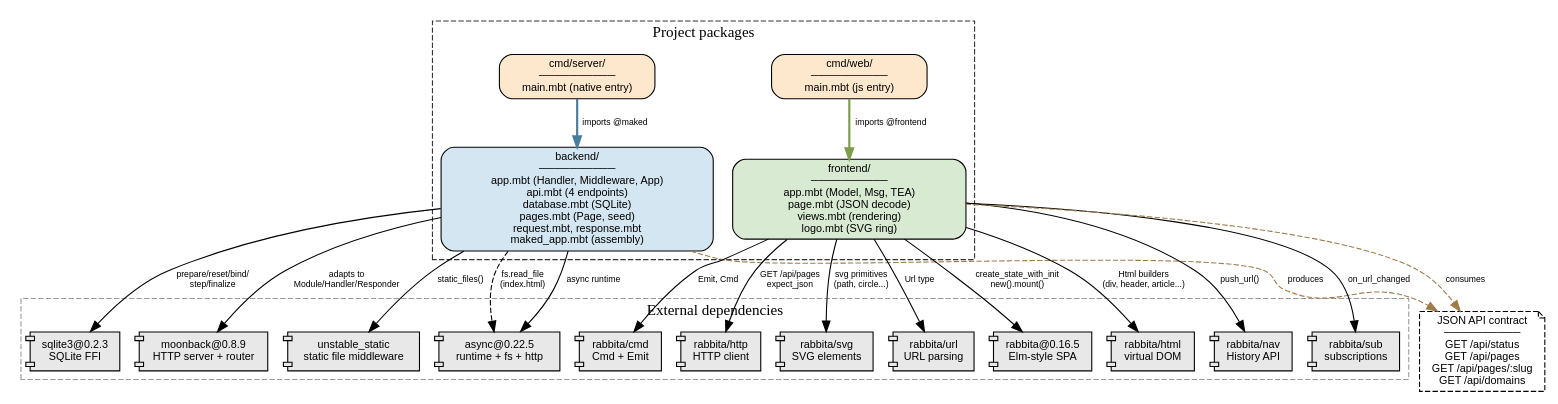
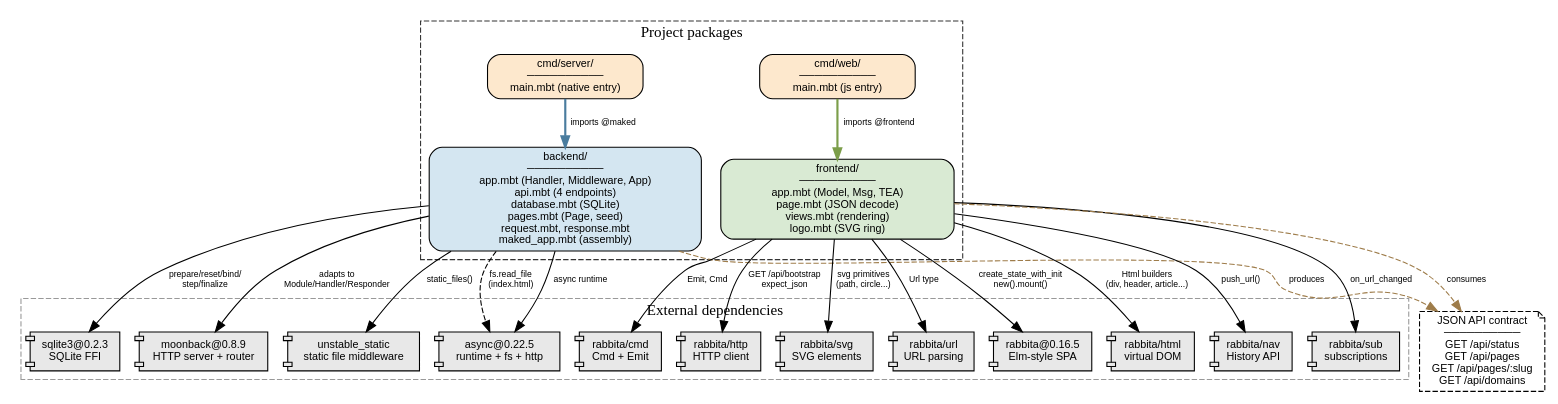
Before and after one commit to riantr/MAKED: the diagram in architecture/dependencies.dot, drawn with Graphviz. The commit also changed 19 other files, not shown here.

```diff
--- a/architecture/dependencies.dot
+++ b/architecture/dependencies.dot
@@ -1,95 +1,95 @@
 // MAKED Dependency Graph &mdash; Graphviz DOT
 // Skill: dependency-impact-analyzer + graphviz
 //
 // Shows package-level dependencies with change-impact annotations.
 // Node size reflects blast radius (larger = more downstream impact).
 // Render: dot -Tsvg dependencies.dot -o dependencies.svg
 
 digraph maked_dependencies {
   rankdir=TB
   node [shape=box, style="rounded,filled", fontname="Helvetica", fontsize=10]
   edge [fontname="Helvetica", fontsize=8]
 
   // --- Internal packages (sized by blast radius) ---
   subgraph cluster_project {
     label="Project packages"
     style=dashed
     color="#333333"
 
     backend [
       label="backend/\n──────────\napp.mbt (Handler, Middleware, App)\napi.mbt (4 endpoints)\ndatabase.mbt (SQLite)\npages.mbt (Page, seed)\nrequest.mbt, response.mbt\nmaked_app.mbt (assembly)",
       fillcolor="#d4e6f1"
       width=3.5
     ]
 
     frontend [
       label="frontend/\n──────────\napp.mbt (Model, Msg, TEA)\npage.mbt (JSON decode)\nviews.mbt (rendering)\nlogo.mbt (SVG ring)",
       fillcolor="#d9ead3"
       width=3
     ]
 
     cmd_server [
       label="cmd/server/\n──────────\nmain.mbt (native entry)",
       fillcolor="#fde8cd"
       width=2
     ]
 
     cmd_web [
       label="cmd/web/\n──────────\nmain.mbt (js entry)",
       fillcolor="#fde8cd"
       width=2
     ]
   }
 
   // --- External dependencies ---
   subgraph cluster_external {
     label="External dependencies"
     style=dashed
     color="#999999"
     node [shape=component, fillcolor="#e8e8e8"]
 
     moonback [label="moonback@0.8.9\nHTTP server + router"]
     moonback_static [label="unstable_static\nstatic file middleware"]
     sqlite3 [label="sqlite3@0.2.3\nSQLite FFI"]
     async [label="async@0.22.5\nruntime + fs + http"]
     rabbita [label="rabbita@0.16.5\nElm-style SPA"]
     rabbita_html [label="rabbita/html\nvirtual DOM"]
     rabbita_nav [label="rabbita/nav\nHistory API"]
     rabbita_sub [label="rabbita/sub\nsubscriptions"]
     rabbita_cmd [label="rabbita/cmd\nCmd + Emit"]
     rabbita_http [label="rabbita/http\nHTTP client"]
     rabbita_svg [label="rabbita/svg\nSVG elements"]
     rabbita_url [label="rabbita/url\nURL parsing"]
   }
 
   // --- JSON contract (the only backend↔frontend link) ---
   json_contract [
     label="JSON API contract\n──────────\nGET /api/status\nGET /api/pages\nGET /api/pages/:slug\nGET /api/domains",
     shape=note
     fillcolor="#fce5cd"
     style=dashed
   ]
 
   // --- Internal edges ---
   cmd_server -> backend [label="imports @maked", penwidth=2, color="#4a7c9e"]
   cmd_web -> frontend [label="imports @frontend", penwidth=2, color="#7c9e4a"]
   backend -> json_contract [style=dashed, label="produces", color="#9e7c4a"]
   frontend -> json_contract [style=dashed, label="consumes", color="#9e7c4a"]
 
   // --- Backend external edges ---
   backend -> moonback [label="adapts to\nModule/Handler/Responder"]
   backend -> moonback_static [label="static_files()"]
   backend -> sqlite3 [label="prepare/reset/bind/\nstep/finalize"]
   backend -> async [label="async runtime"]
   backend -> async [label="fs.read_file\n(index.html)", style=dashed]
 
   // --- Frontend external edges ---
   frontend -> rabbita [label="create_state_with_init\nnew().mount()"]
   frontend -> rabbita_html [label="Html builders\n(div, header, article...)"]
   frontend -> rabbita_nav [label="push_url()"]
   frontend -> rabbita_sub [label="on_url_changed"]
   frontend -> rabbita_cmd [label="Emit, Cmd"]
-  frontend -> rabbita_http [label="GET /api/pages\nexpect_json"]
+  frontend -> rabbita_http [label="GET /api/bootstrap\nexpect_json"]
   frontend -> rabbita_svg [label="svg primitives\n(path, circle...)"]
   frontend -> rabbita_url [label="Url type"]
 }
```
